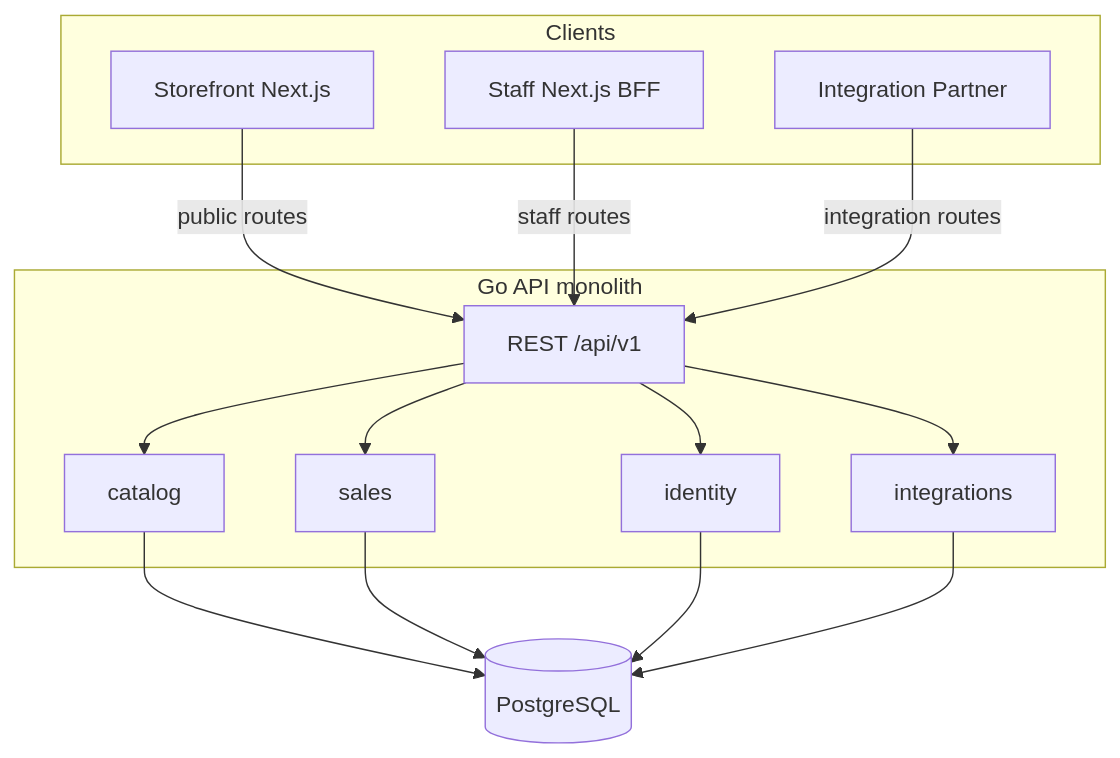
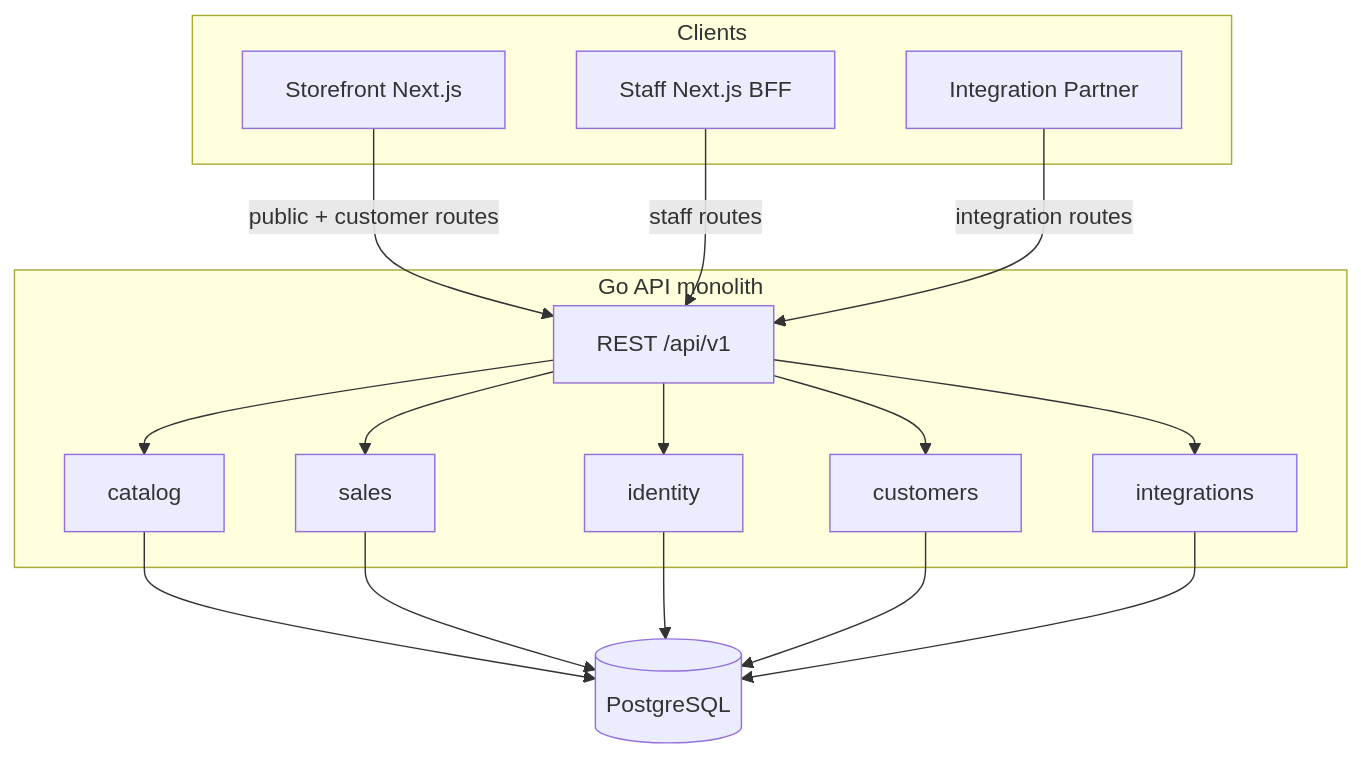
One commit to redplanettribe/ticket_pos changed the diagram in docs/technical-design.md. Above: the diagram before and after it, drawn with Mermaid. The commit also changed other lines of this file and 94 other files, not shown here.

````diff
--- a/docs/technical-design.md
+++ b/docs/technical-design.md
@@ -20,27 +20,30 @@
 ```mermaid
 graph TB
     subgraph clients["Clients"]
         SF[Storefront Next.js]
         ST[Staff Next.js BFF]
         IP[Integration Partner]
     end
     subgraph backend["Go API monolith"]
         API[REST /api/v1]
         CAT[catalog]
         SAL[sales]
         ID[identity]
+        CUS[customers]
         INT[integrations]
         API --> CAT
         API --> SAL
         API --> ID
+        API --> CUS
         API --> INT
     end
     DB[(PostgreSQL)]
-    SF -->|public routes| API
+    SF -->|public + customer routes| API
     ST -->|staff routes| API
     IP -->|integration routes| API
     CAT --> DB
     SAL --> DB
     ID --> DB
+    CUS --> DB
     INT --> DB
 ```
````
